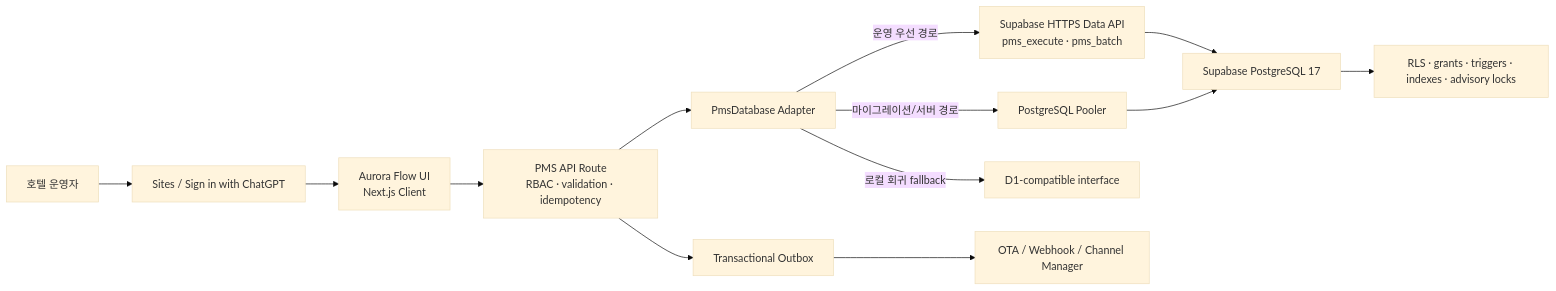
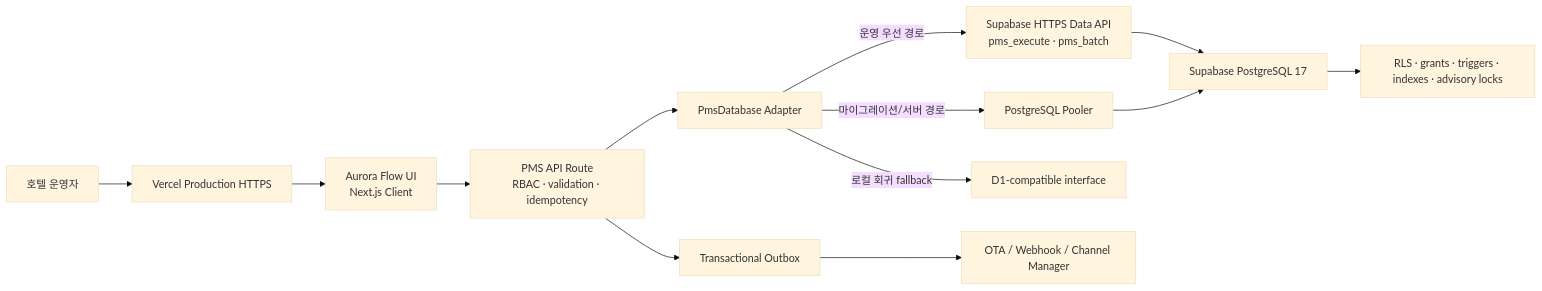
One commit to sksmsrkk-glitch/Aurora_PMS changed the first of 3 diagrams in README.md. Above: the diagram before and after it, drawn with Mermaid (base theme). The commit also changed other lines of this file and 5 other files, not shown here.

Commit message:
Deploy Aurora PMS on Vercel

````diff
--- a/README.md
+++ b/README.md
@@ -64,15 +64,15 @@
 ```mermaid
 flowchart LR
-  U["호텔 운영자"] --> SIWC["Sites / Sign in with ChatGPT"]
-  SIWC --> UI["Aurora Flow UI\nNext.js Client"]
+  U["호텔 운영자"] --> VERCEL["Vercel Production HTTPS"]
+  VERCEL --> UI["Aurora Flow UI\nNext.js Client"]
   UI --> API["PMS API Route\nRBAC · validation · idempotency"]
   API --> ADAPTER["PmsDatabase Adapter"]
   ADAPTER -->|"운영 우선 경로"| DATAAPI["Supabase HTTPS Data API\npms_execute · pms_batch"]
   ADAPTER -->|"마이그레이션/서버 경로"| PG["PostgreSQL Pooler"]
   ADAPTER -->|"로컬 회귀 fallback"| D1["D1-compatible interface"]
   DATAAPI --> DB["Supabase PostgreSQL 17"]
   PG --> DB
   DB --> GUARD["RLS · grants · triggers · indexes · advisory locks"]
   API --> OUTBOX["Transactional Outbox"]
   OUTBOX --> OTA["OTA / Webhook / Channel Manager"]
 ```
````
